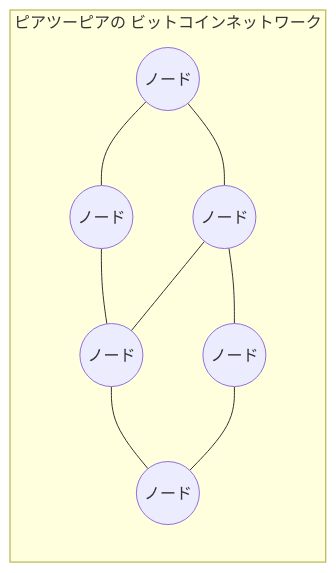
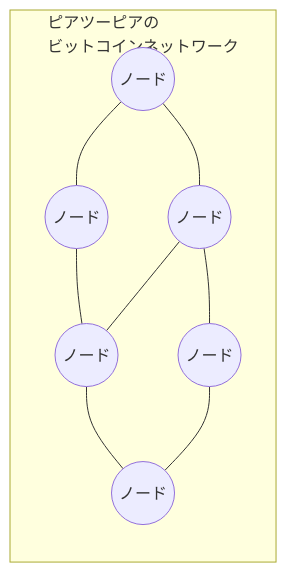
Before and after one commit to cypher256/BitcoinArchive: the first of 10 diagrams in src/data/translations/ja/analysis/2026-05-23-how-bitcoin-works-visual-glossary.md, drawn with Mermaid. The commit also changed other lines of this file and 3 other files, not shown here.

````diff
--- a/src/data/translations/ja/analysis/2026-05-23-how-bitcoin-works-visual-glossary.md
+++ b/src/data/translations/ja/analysis/2026-05-23-how-bitcoin-works-visual-glossary.md
@@ -51,18 +51,18 @@
 ```mermaid
 flowchart LR
-  subgraph P2P[ピアツーピアの ビットコインネットワーク]
+  subgraph P2P[ピアツーピアの<br/>ビットコインネットワーク]
     N1((ノード))
     N2((ノード))
     N3((ノード))
     N4((ノード))
     N5((ノード))
     N6((ノード))
     N1 --- N2
     N1 --- N3
     N2 --- N4
     N3 --- N4
     N3 --- N5
     N4 --- N6
     N5 --- N6
   end
 ```
````
